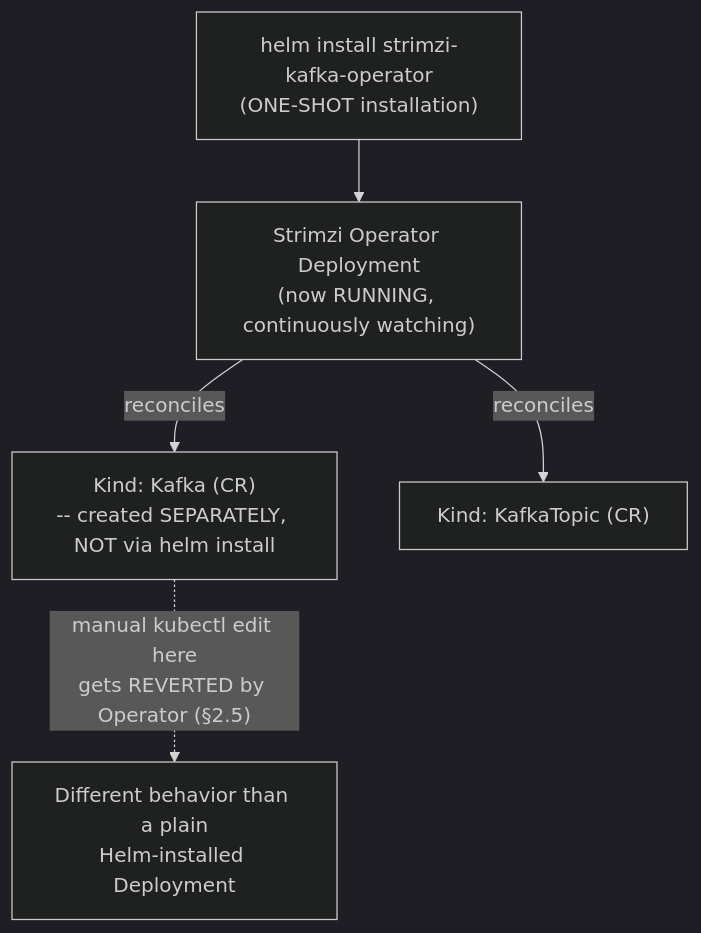
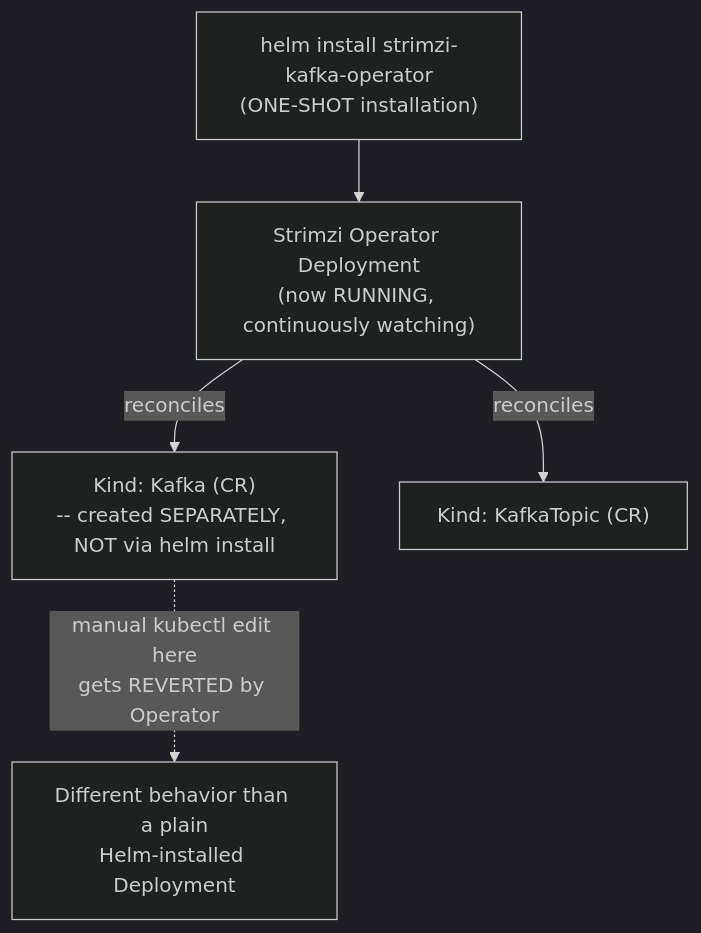
Before and after one commit to umashankarp/InterviewQuestions: the second of 2 diagrams in 23-Kubernetes/06-Helm-Operators-CRDs.md, drawn with Mermaid (dark theme). The commit also changed other lines of this file and 173 other files, not shown here.

````diff
--- a/23-Kubernetes/06-Helm-Operators-CRDs.md
+++ b/23-Kubernetes/06-Helm-Operators-CRDs.md
@@ -86,7 +86,7 @@
 ```mermaid
 graph TB
-    HelmInstall["helm install strimzi-kafka-operator<br/>(ONE-SHOT installation)"] --> OpDeploy["Strimzi Operator Deployment<br/>(now RUNNING, continuously watching)"]
-    OpDeploy -->|"reconciles"| CR1["Kind: Kafka (CR)<br/>-- created SEPARATELY, NOT via helm install"]
-    OpDeploy -->|"reconciles"| CR2["Kind: KafkaTopic (CR)"]
-    CR1 -.->|"manual kubectl edit here<br/>gets REVERTED by Operator (§2.5)"| Note["Different behavior than a plain<br/>Helm-installed Deployment"]
+ HelmInstall["helm install strimzi-kafka-operator<br/>(ONE-SHOT installation)"] --> OpDeploy["Strimzi Operator Deployment<br/>(now RUNNING, continuously watching)"]
+ OpDeploy -->|"reconciles"| CR1["Kind: Kafka (CR)<br/>-- created SEPARATELY, NOT via helm install"]
+ OpDeploy -->|"reconciles"| CR2["Kind: KafkaTopic (CR)"]
+ CR1 -.->|"manual kubectl edit here<br/>gets REVERTED by Operator"| Note["Different behavior than a plain<br/>Helm-installed Deployment"]
 ```
````
